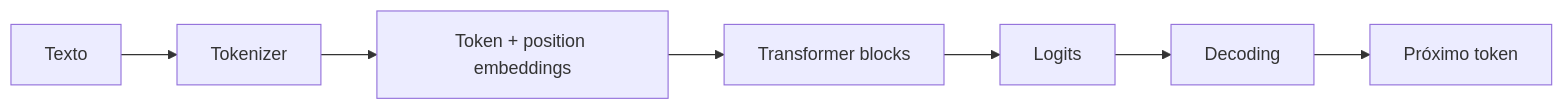
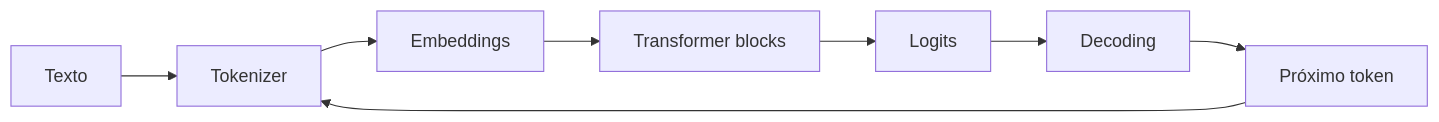
The diagram in artificial-intelligence/llm/README.md (blasther12/alexandria), drawn with Mermaid before and after one commit. The commit also changed other lines of this file, not shown here.

````diff
--- a/artificial-intelligence/llm/README.md
+++ b/artificial-intelligence/llm/README.md
@@ -10,9 +14,10 @@
 ```mermaid
 flowchart LR
     TEXT[Texto] --> TOK[Tokenizer]
-    TOK --> EMB[Token + position embeddings]
+    TOK --> EMB[Embeddings]
     EMB --> TR[Transformer blocks]
     TR --> LOG[Logits]
     LOG --> DEC[Decoding]
     DEC --> OUT[Próximo token]
+    OUT --> TOK
 ```
````
